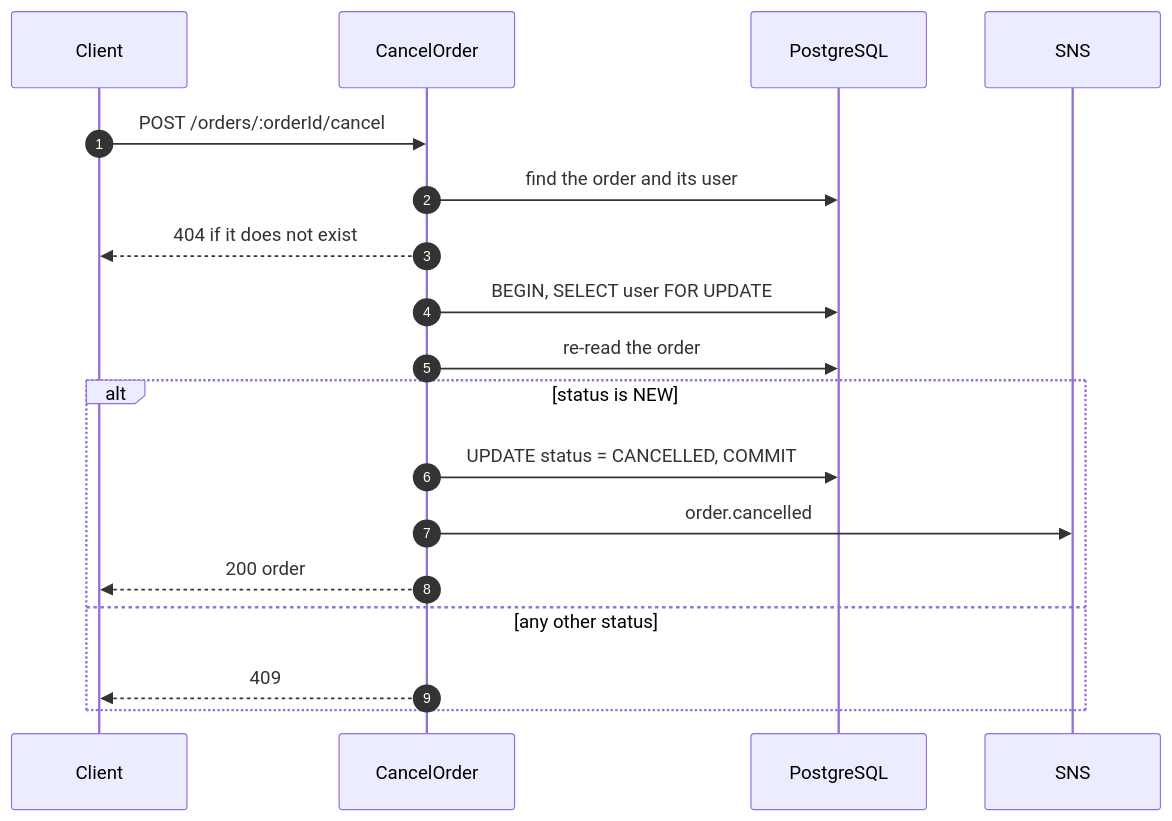
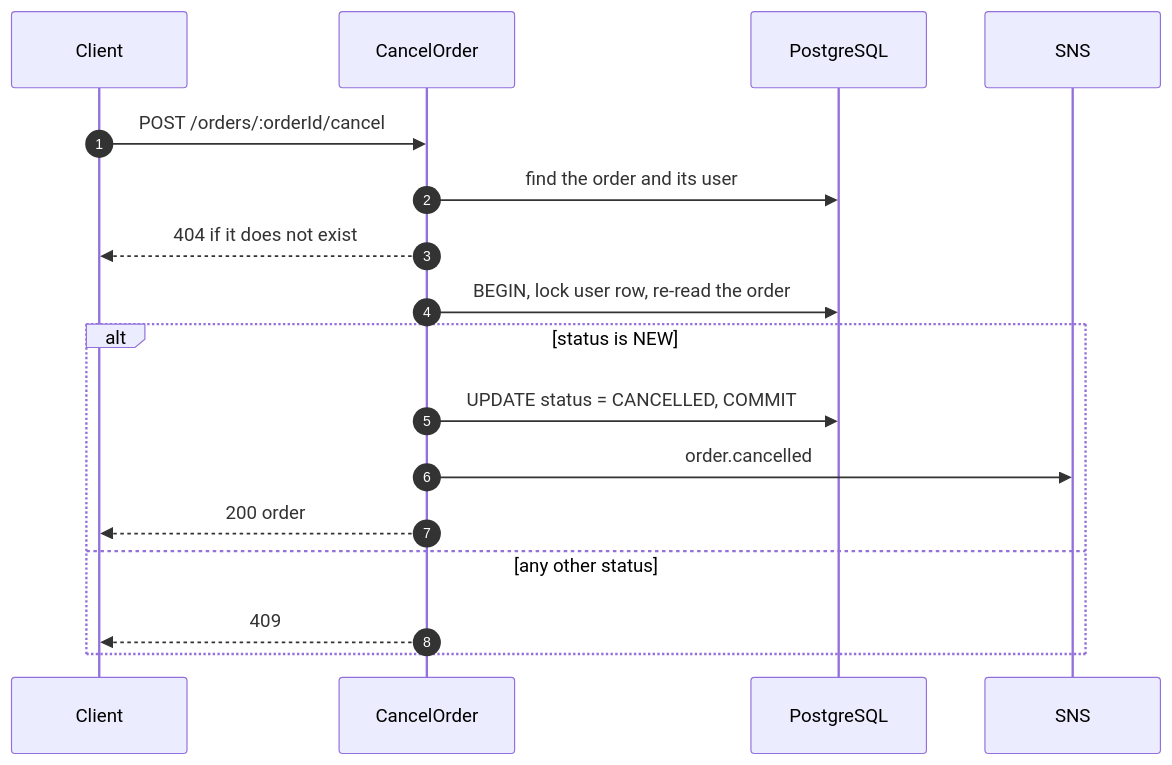
The third of 6 diagrams in docs/flows.md (Samuel0023/cocos-challenge), drawn with Mermaid before and after one commit. The commit also changed other lines of this file and 25 other files, not shown here.

````diff
--- a/docs/flows.md
+++ b/docs/flows.md
@@ -66,20 +62,19 @@
 ```mermaid
 sequenceDiagram
   autonumber
   participant C as Client
   participant UC as CancelOrder
   participant PG as PostgreSQL
   participant SNS as SNS
   C->>UC: POST /orders/:orderId/cancel
   UC->>PG: find the order and its user
   UC-->>C: 404 if it does not exist
-  UC->>PG: BEGIN, SELECT user FOR UPDATE
-  UC->>PG: re-read the order
+  UC->>PG: BEGIN, lock user row, re-read the order
   alt status is NEW
     UC->>PG: UPDATE status = CANCELLED, COMMIT
     UC->>SNS: order.cancelled
     UC-->>C: 200 order
   else any other status
     UC-->>C: 409
   end
 ```
````
